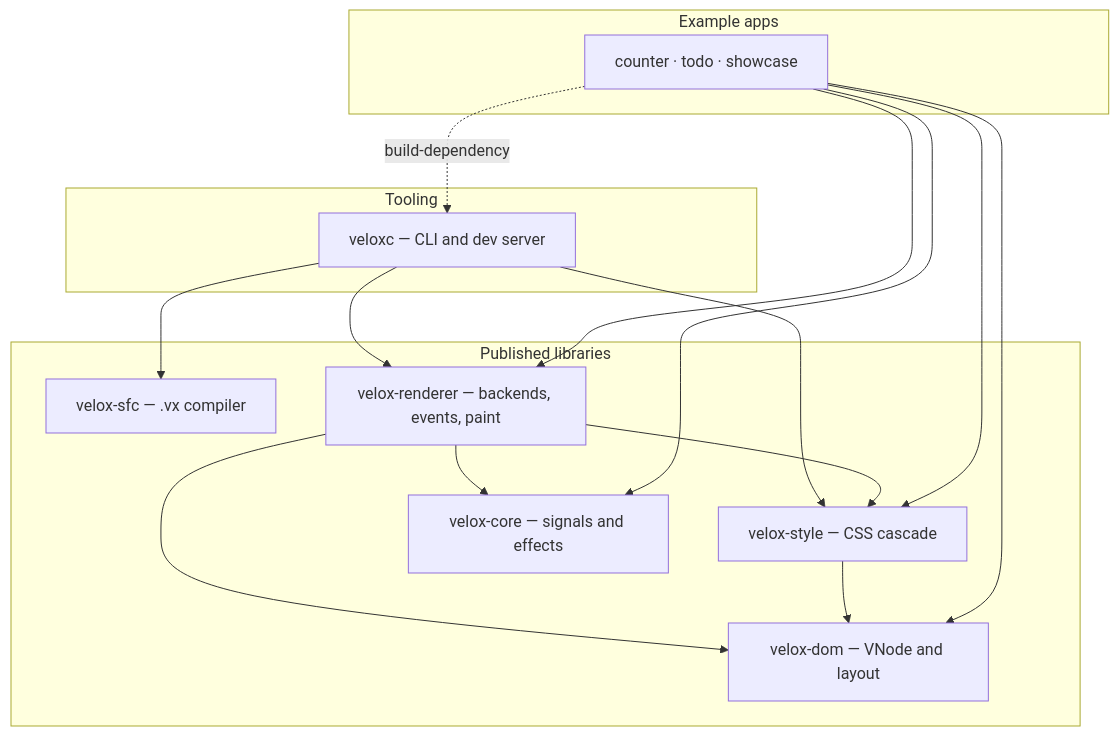
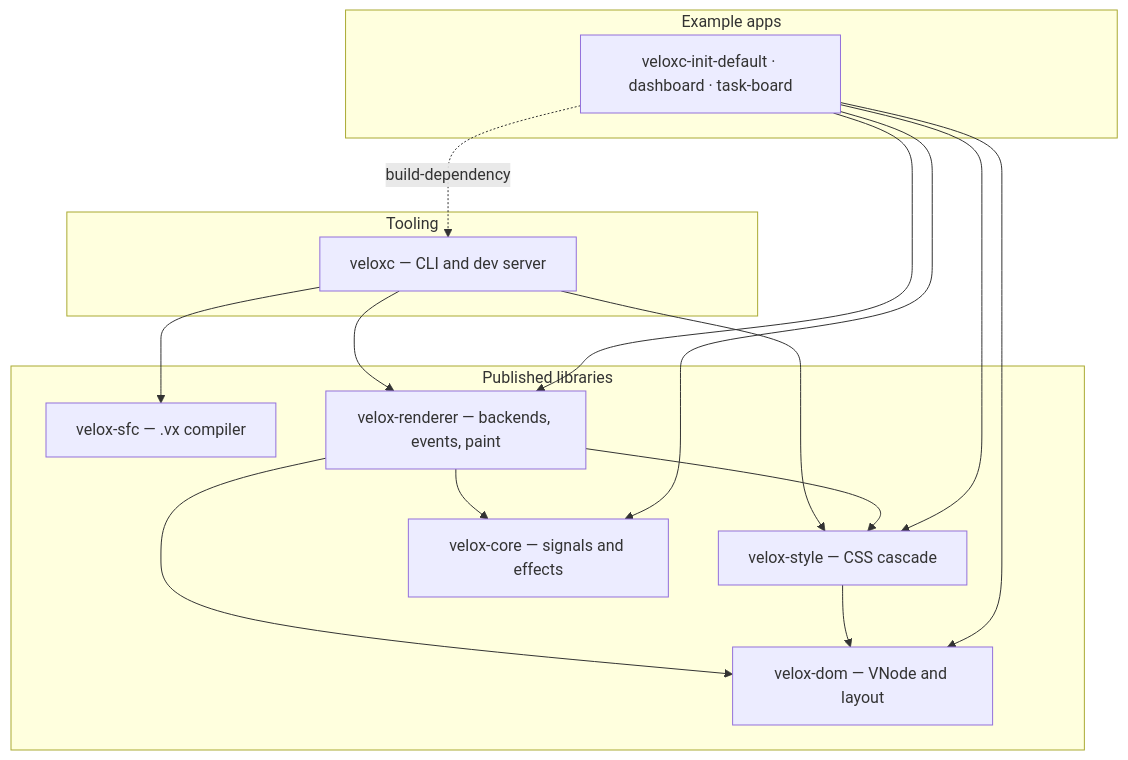
One commit to fahimaloy/velox changed the diagram in README.md. Above: the diagram before and after it, drawn with Mermaid. The commit also changed other lines of this file and 99 other files, not shown here.

````diff
--- a/README.md
+++ b/README.md
@@ -320,33 +314,33 @@
 ```mermaid
 graph TD
     subgraph tool["Tooling"]
         cli["veloxc — CLI and dev server"]
     end
 
     subgraph libs["Published libraries"]
         sfc["velox-sfc — .vx compiler"]
         rnd["velox-renderer — backends, events, paint"]
         stl["velox-style — CSS cascade"]
         dom["velox-dom — VNode and layout"]
         cor["velox-core — signals and effects"]
     end
 
     subgraph apps["Example apps"]
-        ex["counter · todo · showcase"]
+        ex["veloxc-init-default · dashboard · task-board"]
     end
 
     cli --> sfc
     cli --> stl
     cli --> rnd
 
     rnd --> cor
     rnd --> dom
     rnd --> stl
     stl --> dom
 
     ex --> cor
     ex --> dom
     ex --> stl
     ex --> rnd
     ex -. build-dependency .-> cli
 ```
````
